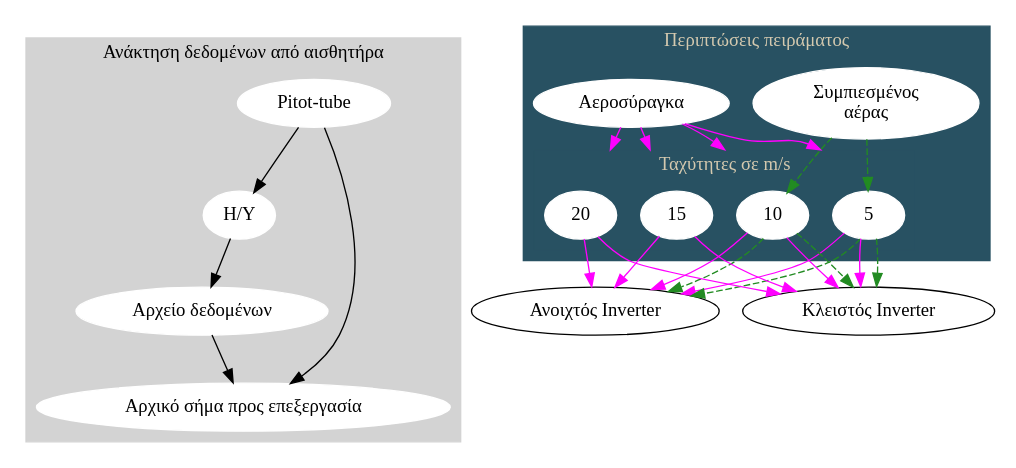
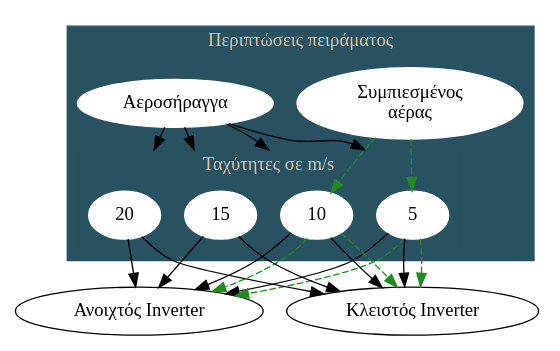
The second of 3 diagrams in diss-docs/main_doc/main_doc.org (hmu-mech-npap/diss.tn.doc), drawn with Graphviz before and after one commit. The commit also changed other lines of this file and 2 other files, not shown here.

Commit message:
some refs and separation of flowcharts

```diff
--- a/diss-docs/main_doc/main_doc.org
+++ b/diss-docs/main_doc/main_doc.org
@@ -1310,35 +1347,29 @@
 #+begin_src dot :file ./flowcharts/test-first.png :results file :exports results :session dot :tangle ./graphviz/lab-struct.gv
 digraph regexp  {
     compound=true;
-    // graph [fontsize=10 fontname="Verdana" compound=true];
-    // node [shape=record fontsize=10 fontname="Verdana"];
-    subgraph cluster_0{
-        style=filled;
-        color=lightgray;
-        node [style=filled,color=white];
-        "Pitot-tube" -> "H/Y" -> "Αρχείο δεδομένων" -> "Αρχικό σήμα πρoς επεξεργασία";
-        label= "Ανάκτηση δεδομένων από αισθητήρα";
-    }
+    // graph [fontsize=12 fontname="Computer Modern" compound=true];
+    // node [fontsize=12 fontname="Computer Modern"];
     subgraph cluster_1{
         fontcolor="#D4C9AF";
         style=filled;
         color="#285162";
         node [style=filled, color=white];
         // "Περιπτώσεις πειράματος" ->
         // {"Συμπιεσμένος \n αέρας"  "Αεροσύραγκα" } [color=red]
         "Συμπιεσμένος \n αέρας" -> {"5" "10"} [color=forestgreen, style=dashed]
-        "Αεροσύραγκα" -> {"5" "10" "15" "20"} [color=magenta, lhead=cluster_2]
+        "Αεροσήραγγα" -> {"5" "10" "15" "20"} [color=black, lhead=cluster_2]
         label = "Περιπτώσεις πειράματος";
+        {rank=same;"Αεροσήραγγα";"Συμπιεσμένος \n αέρας";}[dir="back"];
         // color=blue
         subgraph cluster_2{
             "5" "10" "15" "20";
             label="Ταχύτητες σε m/s"
         }
     }
-    "Pitot-tube" -> "Αρχικό σήμα πρoς επεξεργασία" ;
+    {rank=same;"Ανοιχτός Inverter";"Κλειστός Inverter";}
     {"5" "10" "15" "20"} ->
-    {"Ανοιχτός Inverter" "Κλειστός Inverter"}[color=magenta]
+    {"Ανοιχτός Inverter" "Κλειστός Inverter"}[color=black]
     {"5" "10" } ->
     {"Ανοιχτός Inverter" "Κλειστός Inverter"}[color=forestgreen, style=dashed]
 }
 #+end_src
```
